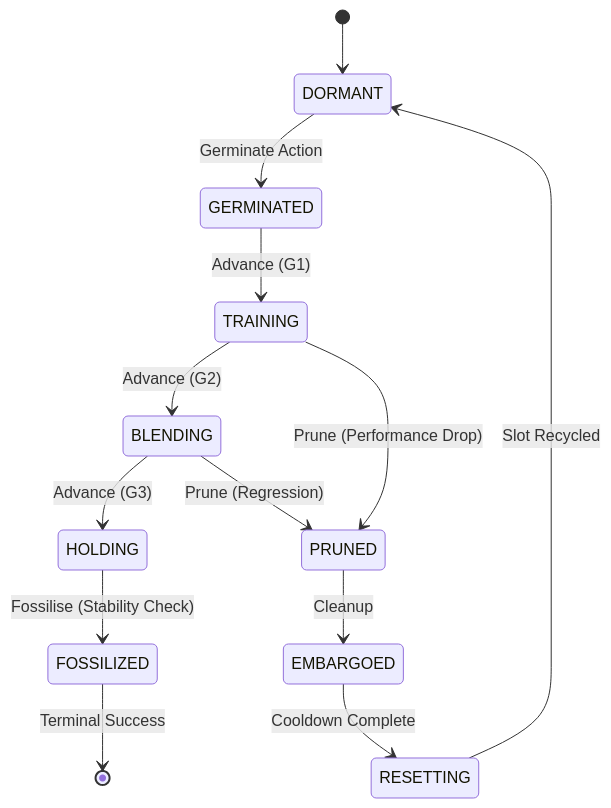
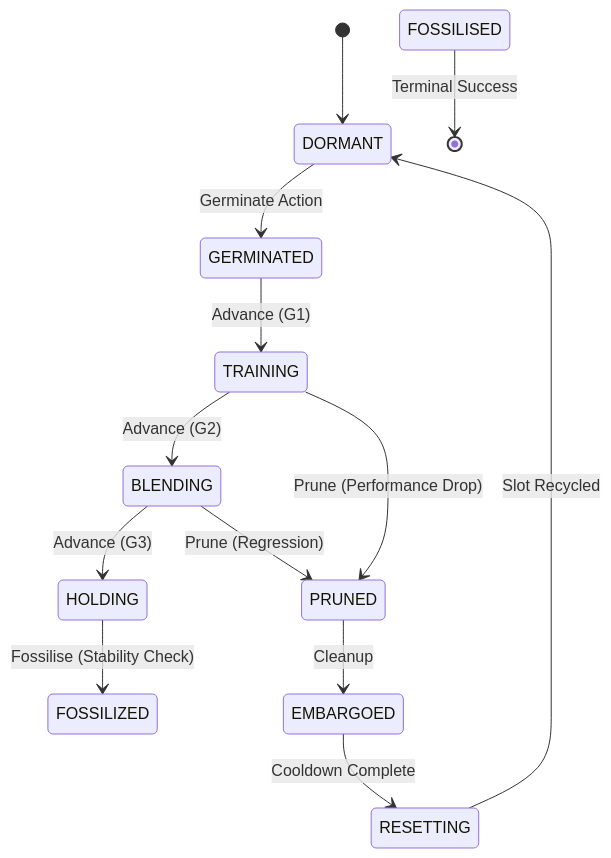
Before and after one commit to tachyon-beep/esper-lite: the diagram in README.md, drawn with Mermaid. The commit also changed other lines of this file and 1 other file, not shown here.

Commit message:
docs(ROADMAP): update reward modes and clarify roadmap philosophy

````diff
--- a/README.md
+++ b/README.md
@@ -88,15 +95,15 @@
 ```mermaid
 stateDiagram-v2
     [*] --> DORMANT
     DORMANT --> GERMINATED: Germinate Action
     GERMINATED --> TRAINING: Advance (G1)
     TRAINING --> BLENDING: Advance (G2)
     TRAINING --> PRUNED: Prune (Performance Drop)
     BLENDING --> HOLDING: Advance (G3)
     BLENDING --> PRUNED: Prune (Regression)
     HOLDING --> FOSSILIZED: Fossilise (Stability Check)
-    FOSSILIZED --> [*]: Terminal Success
+    FOSSILISED --> [*]: Terminal Success
     PRUNED --> EMBARGOED: Cleanup
     EMBARGOED --> RESETTING: Cooldown Complete
     RESETTING --> DORMANT: Slot Recycled
 ```
````
